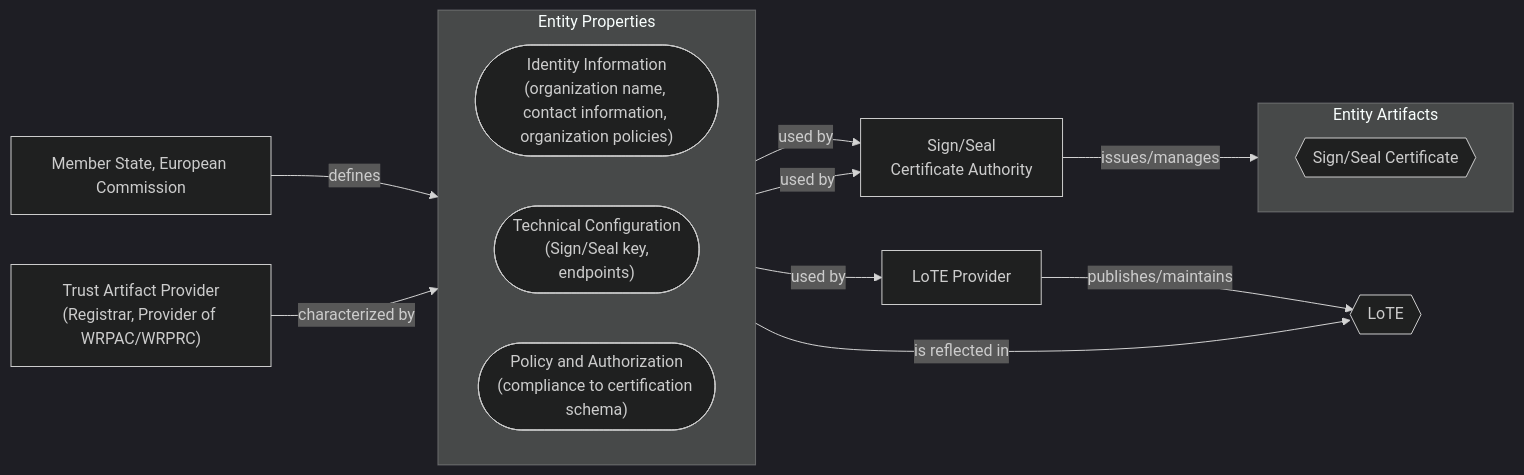
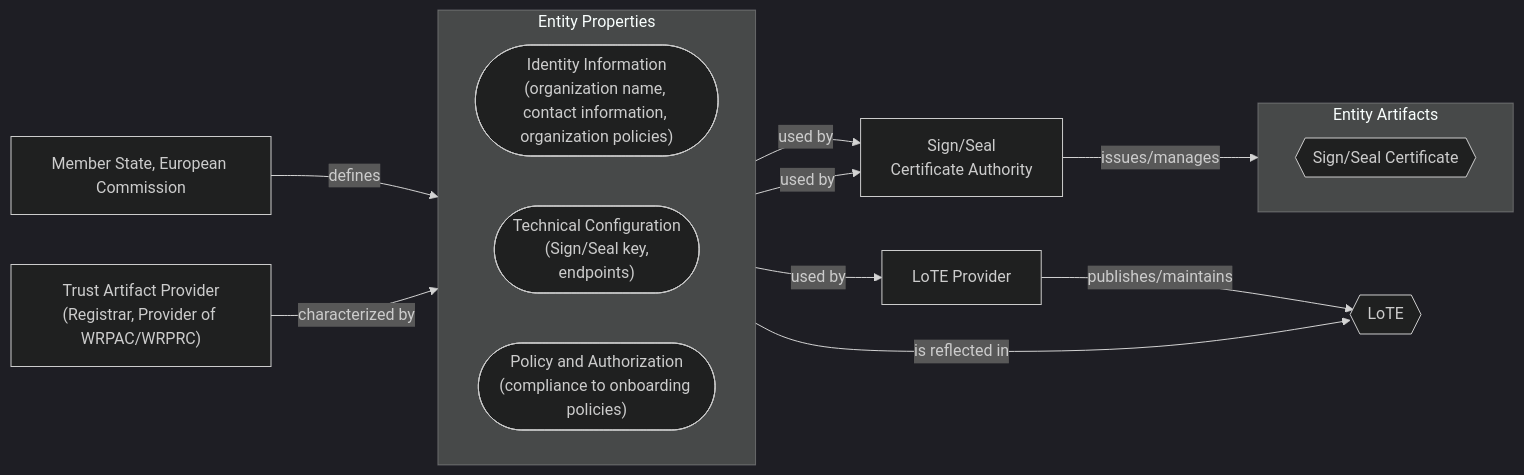
The second of 4 diagrams in docs/topics/trust-management-process.md (APTITUDE-Consortium/wp2-trust-specifications), drawn with Mermaid (dark theme) before and after one commit. The commit also changed other lines of this file and 1 other file, not shown here.

````diff
--- a/docs/topics/trust-management-process.md
+++ b/docs/topics/trust-management-process.md
@@ -191,35 +191,35 @@
 ```mermaid
 flowchart LR
     mid_ent["Trust Artifact Provider<br>(Registrar, Provider of WRPAC/WRPRC)"]
 
     subgraph abst["Entity Properties"]
         direction LR
         id(["Identity Information<br>(organization name, contact information, organization policies)"])
         tech(["Technical Configuration<br>(Sign/Seal key,<br> endpoints)"])
-        authz(["Policy and Authorization<br>(compliance to certification schema)"])
+        authz(["Policy and Authorization<br>(compliance to onboarding policies)"])
     end
 
     subgraph arti["Entity Artifacts"]
         direction LR
         csig{{"Sign/Seal Certificate"}}
     end
 
     ms["Member State, European Commission"]
 
     tl{{"LoTE"}}
 
     ca["Sign/Seal<br>Certificate Authority"]
     tlp["LoTE Provider"]
 
     mid_ent --"characterized by"--> abst
 
     id --"used by"--> ca
     tech --"used by"--> ca
     ca --"issues/manages"--> csig
 
     abst --"used by"--> tlp
     tlp --"publishes/maintains"--> tl
 
     ms --"defines"--> authz
     authz --"is reflected in"--> tl
 ```
````
